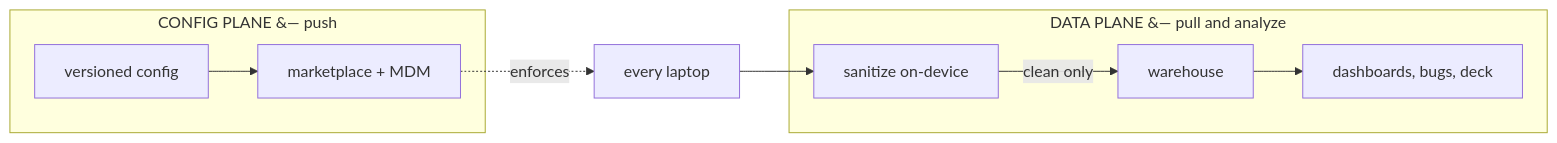
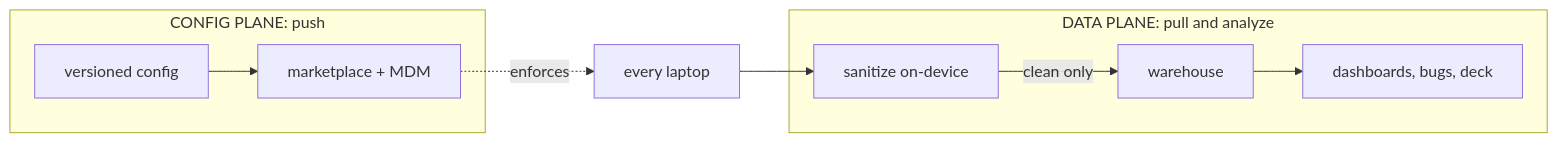
One commit to omars-lab/omars-lab.github.io changed the first of 5 diagrams in bytesofpurpose-blog/designs/2026-07-04-claude-abacus.mdx. Above: the diagram before and after it, drawn with Mermaid. The commit also changed other lines of this file, not shown here.

Commit message:
fix(claude-abacus): drop the &#8212; entities from the mermaid labels
The CONFIG/DATA PLANE subgraph labels used the &#8212; HTML entity, which renders
as an em-dash (AI voice) in the browser. Replaced with a colon ("CONFIG PLANE:
push"). Reads cleaner and carries no dash.

````diff
--- a/bytesofpurpose-blog/designs/2026-07-04-claude-abacus.mdx
+++ b/bytesofpurpose-blog/designs/2026-07-04-claude-abacus.mdx
@@ -76,14 +76,14 @@
 ```mermaid
 graph LR
-    subgraph config["CONFIG PLANE &#8212; push"]
+    subgraph config["CONFIG PLANE: push"]
         C1[versioned config]
         C2[marketplace + MDM]
     end
-    subgraph data["DATA PLANE &#8212; pull and analyze"]
+    subgraph data["DATA PLANE: pull and analyze"]
         D1[sanitize on-device]
         D2[warehouse]
         D3[dashboards, bugs, deck]
     end
     C1 --> C2 -.enforces.-> LAP[every laptop]
     LAP --> D1 -->|clean only| D2 --> D3
 ```
````
